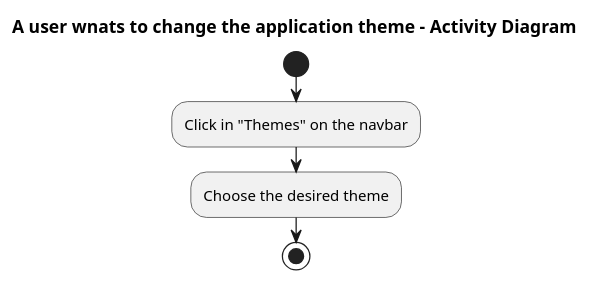
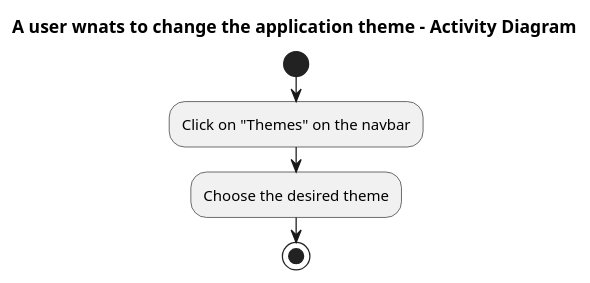
Before and after one commit to Arquisoft/viade_en1b: the diagram in src/docs/diagrams/06-07_ThemesChange.puml, drawn with PlantUML. The commit also changed 5 other files, not shown here.

```diff
--- a/src/docs/diagrams/06-07_ThemesChange.puml
+++ b/src/docs/diagrams/06-07_ThemesChange.puml
@@ -1,9 +1,9 @@
 title A user wnats to change the application theme - Activity Diagram 
 
 start
 
-:Click in "Themes" on the navbar;
+:Click on "Themes" on the navbar;
 
 :Choose the desired theme;
 
 stop
```
